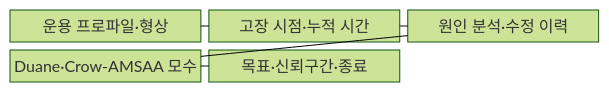
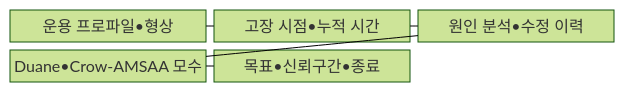
One commit to agnusdei1207/knowledge-base changed the first of 2 diagrams in src/content/docs/notes/06-evaluation/025_reliability_growth_model.md. Above: the diagram before and after it, drawn with Mermaid (forest theme). The commit also changed other lines of this file and 953 other files, not shown here.

````diff
--- a/src/content/docs/notes/06-evaluation/025_reliability_growth_model.md
+++ b/src/content/docs/notes/06-evaluation/025_reliability_growth_model.md
@@ -68,13 +68,13 @@
 ```mermaid
 block-beta
   columns 3
-  O["운용 프로파일·형상"]
-  F["고장 시점·누적 시간"]
-  C["원인 분석·수정 이력"]
-  M["Duane·Crow-AMSAA 모수"]
-  D["목표·신뢰구간·종료"]
+  O["운용 프로파일•형상"]
+  F["고장 시점•누적 시간"]
+  C["원인 분석•수정 이력"]
+  M["Duane•Crow-AMSAA 모수"]
+  D["목표•신뢰구간•종료"]
   O --- F
   F --- C
   C --- M
   M --- D
 ```
````
